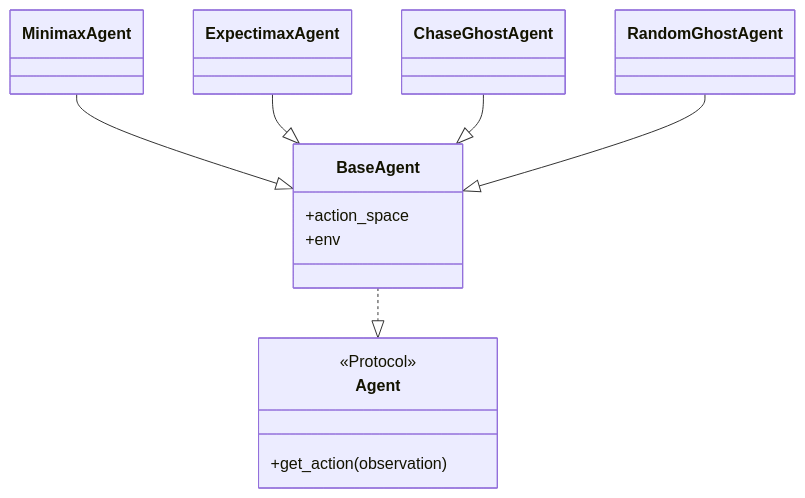
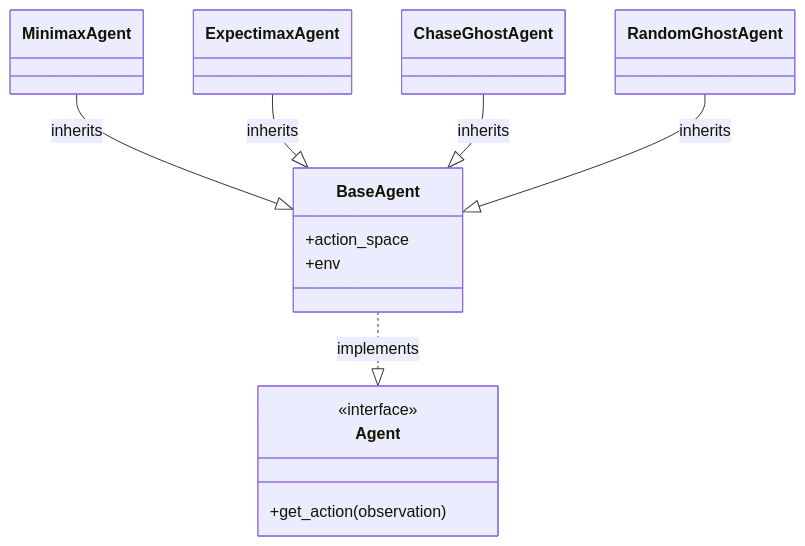
One commit to dgaida/adversarial2dEnvAI changed the fourth of 4 diagrams in docs/en/architecture/index.md. Above: the diagram before and after it, drawn with Mermaid. The commit also changed 1 other file, not shown here.

Commit message:
fix(ci,docs): fix Codecov config and Mermaid syntax in architecture docs
- Updated Codecov GitHub Action to v5 (renamed 'file' to 'files' and added 'token').
- Fixed Mermaid classDiagram syntax error in German and English architecture documentation.
- Standardized relationship labels in architecture diagrams.

````diff
--- a/docs/en/architecture/index.md
+++ b/docs/en/architecture/index.md
@@ -108,21 +108,21 @@
 ```mermaid
 classDiagram
-    class Agent {
-        <<Protocol>>
-        +get_action(observation)
-    }
+    class Agent
+    <<interface>> Agent
+    Agent : +get_action(observation)
+
     class BaseAgent {
         +action_space
         +env
     }
     class MinimaxAgent
     class ExpectimaxAgent
     class ChaseGhostAgent
     class RandomGhostAgent
 
-    BaseAgent ..|> Agent
-    MinimaxAgent --|> BaseAgent
-    ExpectimaxAgent --|> BaseAgent
-    ChaseGhostAgent --|> BaseAgent
-    RandomGhostAgent --|> BaseAgent
+    BaseAgent ..|> Agent : implements
+    MinimaxAgent --|> BaseAgent : inherits
+    ExpectimaxAgent --|> BaseAgent : inherits
+    ChaseGhostAgent --|> BaseAgent : inherits
+    RandomGhostAgent --|> BaseAgent : inherits
 ```
````
